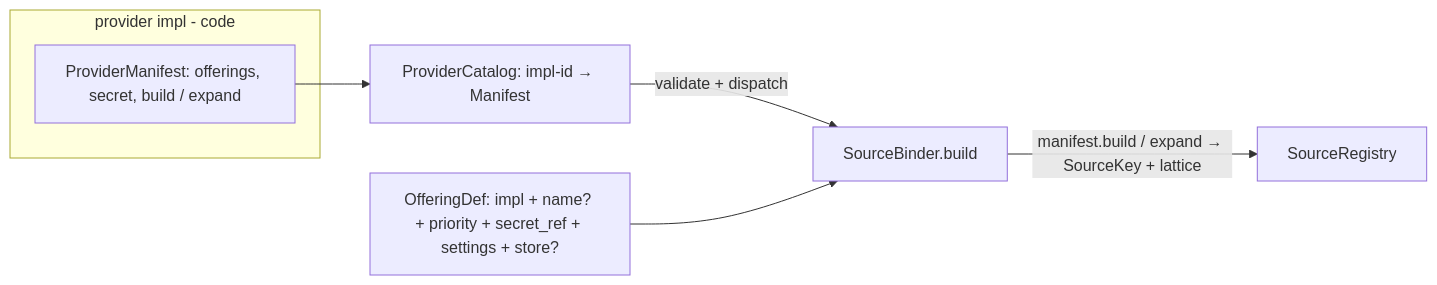
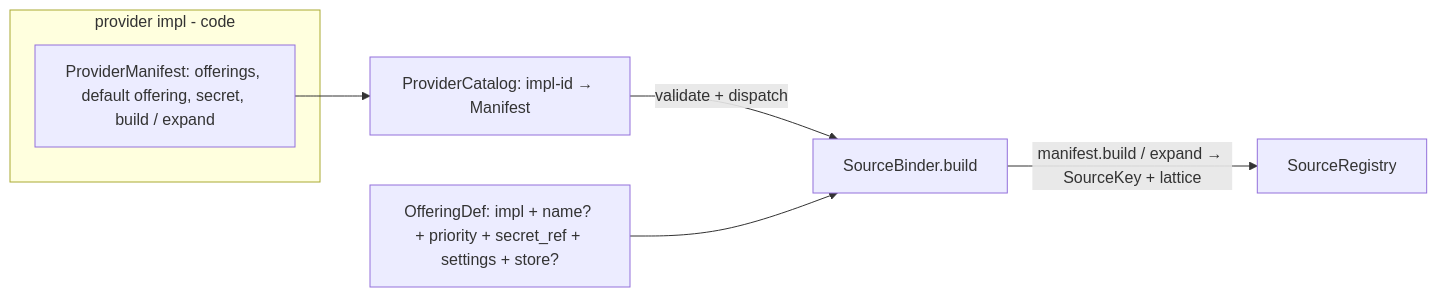
One commit to dveyarangi/meteoscape changed the second of 4 diagrams in docs/adr/0005-build-time-composition.md. Above: the diagram before and after it, drawn with Mermaid. The commit also changed other lines of this file and 9 other files, not shown here.

````diff
--- a/docs/adr/0005-build-time-composition.md
+++ b/docs/adr/0005-build-time-composition.md
@@ -46,12 +46,12 @@
 ```mermaid
 flowchart LR
   subgraph impl [provider impl - code]
-    M["ProviderManifest: offerings, secret, build / expand"]
+    M["ProviderManifest: offerings, default offering, secret, build / expand"]
   end
   CAT["ProviderCatalog: impl-id → Manifest"]
   OD["OfferingDef: impl + name? + priority + secret_ref + settings + store?"]
   M --> CAT
   CAT -->|validate + dispatch| SB[SourceBinder.build]
   OD --> SB
   SB -->|"manifest.build / expand → SourceKey + lattice"| PR[SourceRegistry]
 ```
````
